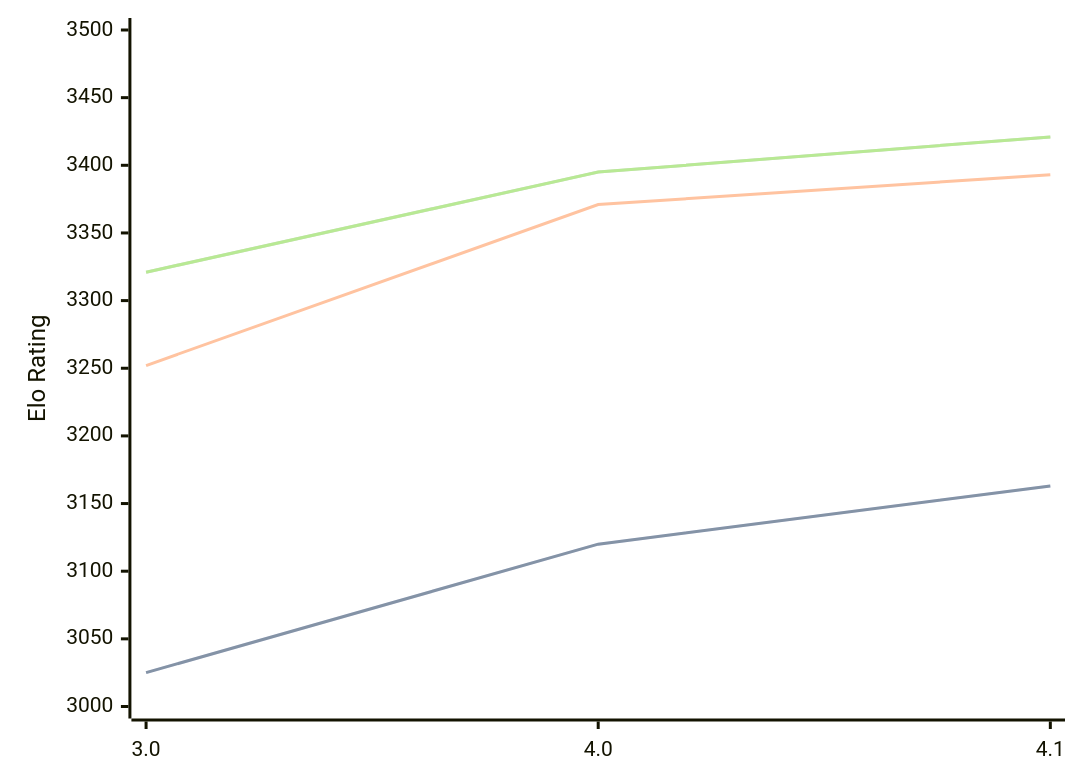
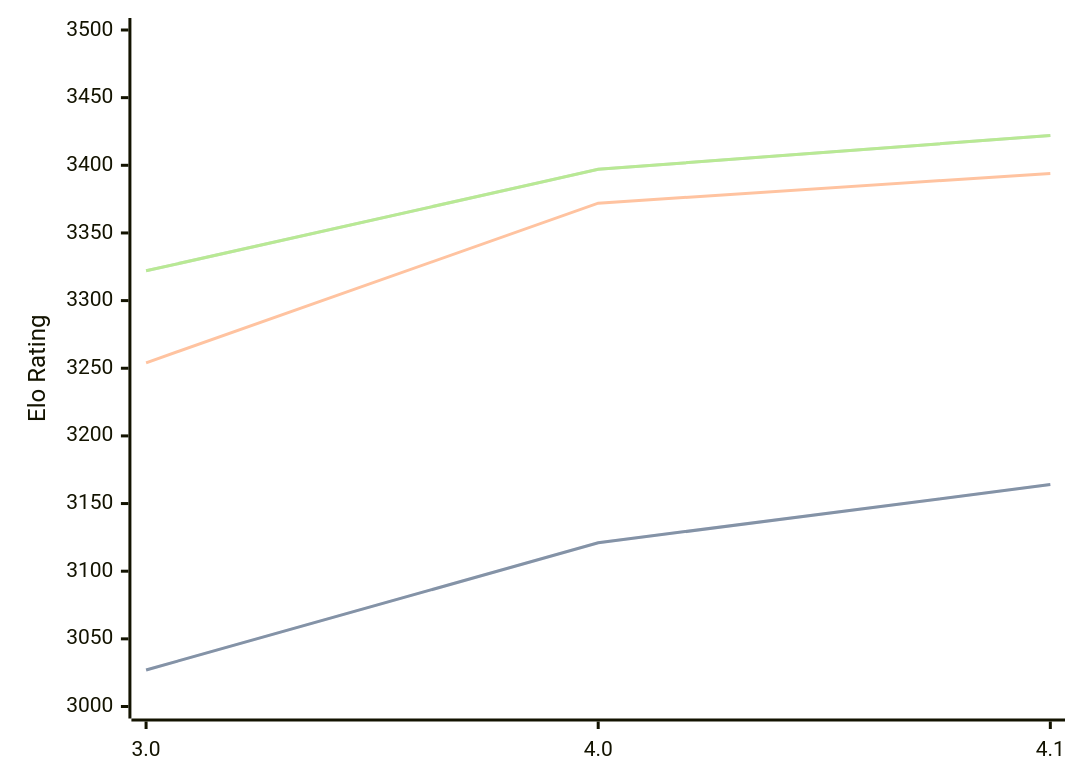
The diagram in engines/Eleanor.md (computer-chess-index/cci), drawn with Mermaid before and after one commit. The commit also changed other lines of this file, not shown here.

Commit message:
Update CCI Ratings (ELO VLTC) - 2026-08-26

````diff
--- a/engines/Eleanor.md
+++ b/engines/Eleanor.md
@@ -33,11 +33,11 @@
 ```mermaid
 %%{init: {"theme":"base","themeVariables":{"seriesColors:['#a3a3a3','#222221','#faa371']}}}%%
 xychart-beta
   x-axis ["3.0", "4.0", "4.1"]
   y-axis "Elo Rating" 3000 --> 3500
-  line "STC (8.0+0.08s)" [3025, 3120, 3163]
-  line "STC (8.0+0.08s)" [3025, 3120, 3163]
-  line "LTC (60.0+0.60s)" [3252, 3371, 3393]
-  line "VLTC (2m24s+1.12s)" [3321, 3395, 3421]
-  line "VLTC (2m24s+1.12s)" [3321, 3395, 3421]
+  line "STC (8.0+0.08s)" [3027, 3121, 3164]
+  line "STC (8.0+0.08s)" [3027, 3121, 3164]
+  line "LTC (60.0+0.60s)" [3254, 3372, 3394]
+  line "VLTC (2m24s+1.12s)" [3322, 3397, 3422]
+  line "VLTC (2m24s+1.12s)" [3322, 3397, 3422]
 ```
````
